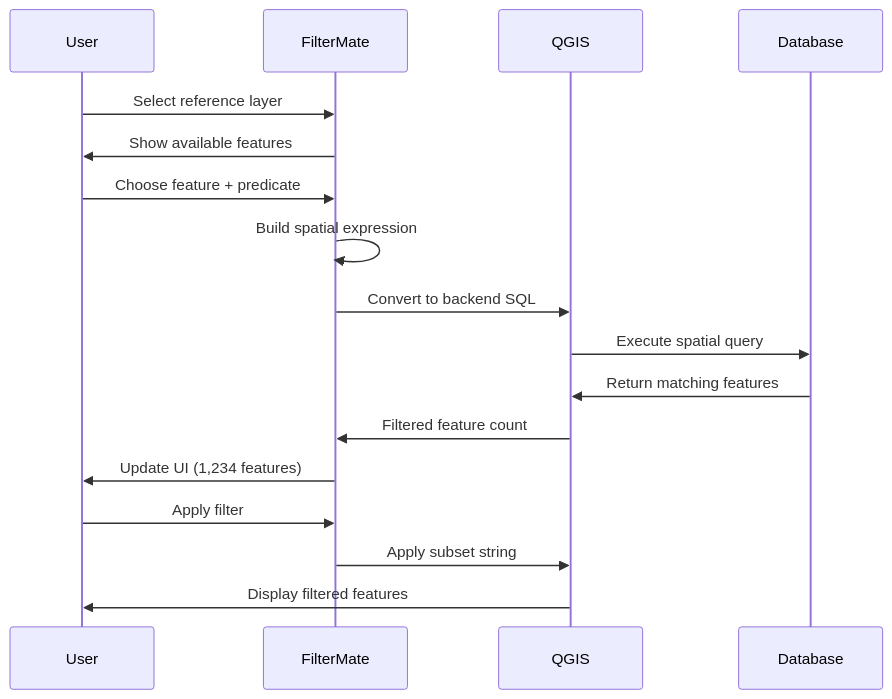
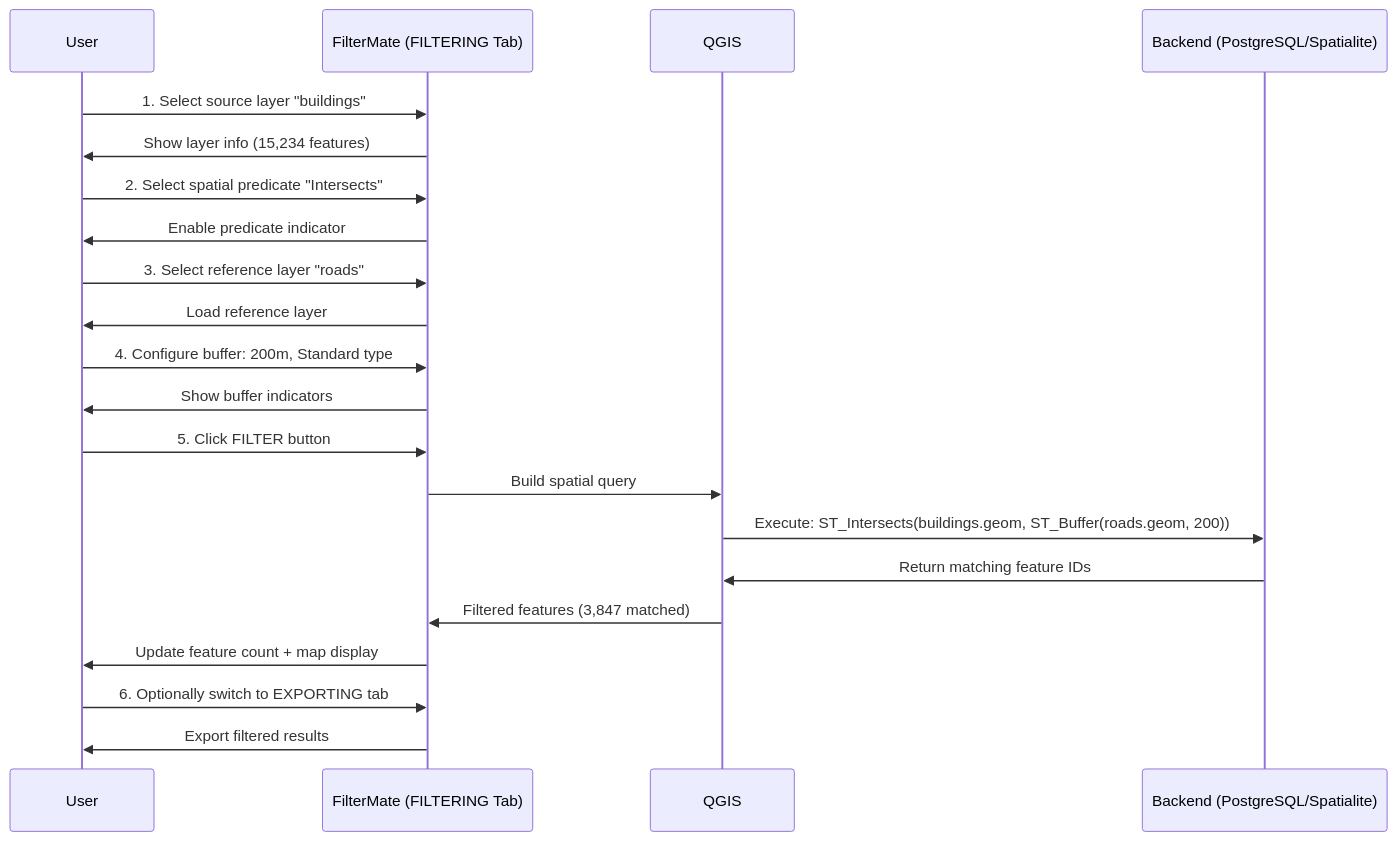
One commit to sducournau/filter_mate changed the eighth of 8 diagrams in website/docs/user-guide/geometric-filtering.md. Above: the diagram before and after it, drawn with Mermaid. The commit also changed other lines of this file and 133 other files, not shown here.

````diff
--- a/website/docs/user-guide/geometric-filtering.md
+++ b/website/docs/user-guide/geometric-filtering.md
@@ -267,20 +296,29 @@
 ```mermaid
 sequenceDiagram
     participant U as User
-    participant FM as FilterMate
+    participant FM as FilterMate (FILTERING Tab)
     participant Q as QGIS
-    participant DB as Database
+    participant DB as Backend (PostgreSQL/Spatialite)
     
-    U->>FM: Select reference layer
-    FM->>U: Show available features
-    U->>FM: Choose feature + predicate
-    FM->>FM: Build spatial expression
-    FM->>Q: Convert to backend SQL
-    Q->>DB: Execute spatial query
-    DB->>Q: Return matching features
-    Q->>FM: Filtered feature count
-    FM->>U: Update UI (1,234 features)
-    U->>FM: Apply filter
-    FM->>Q: Apply subset string
-    Q->>U: Display filtered features
+    U->>FM: 1. Select source layer "buildings"
+    FM->>U: Show layer info (15,234 features)
+    
+    U->>FM: 2. Select spatial predicate "Intersects"
+    FM->>U: Enable predicate indicator
+    
+    U->>FM: 3. Select reference layer "roads"
+    FM->>U: Load reference layer
+    
+    U->>FM: 4. Configure buffer: 200m, Standard type
+    FM->>U: Show buffer indicators
+    
+    U->>FM: 5. Click FILTER button
+    FM->>Q: Build spatial query
+    Q->>DB: Execute: ST_Intersects(buildings.geom, ST_Buffer(roads.geom, 200))
+    DB->>Q: Return matching feature IDs
+    Q->>FM: Filtered features (3,847 matched)
+    FM->>U: Update feature count + map display
+    
+    U->>FM: 6. Optionally switch to EXPORTING tab
+    FM->>U: Export filtered results
 ```
````
